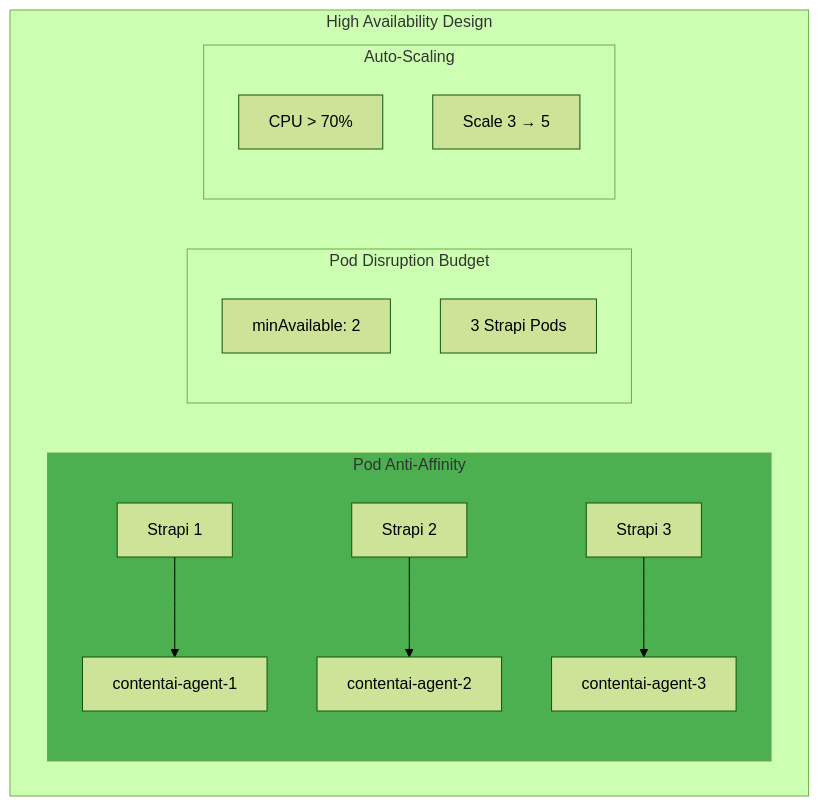
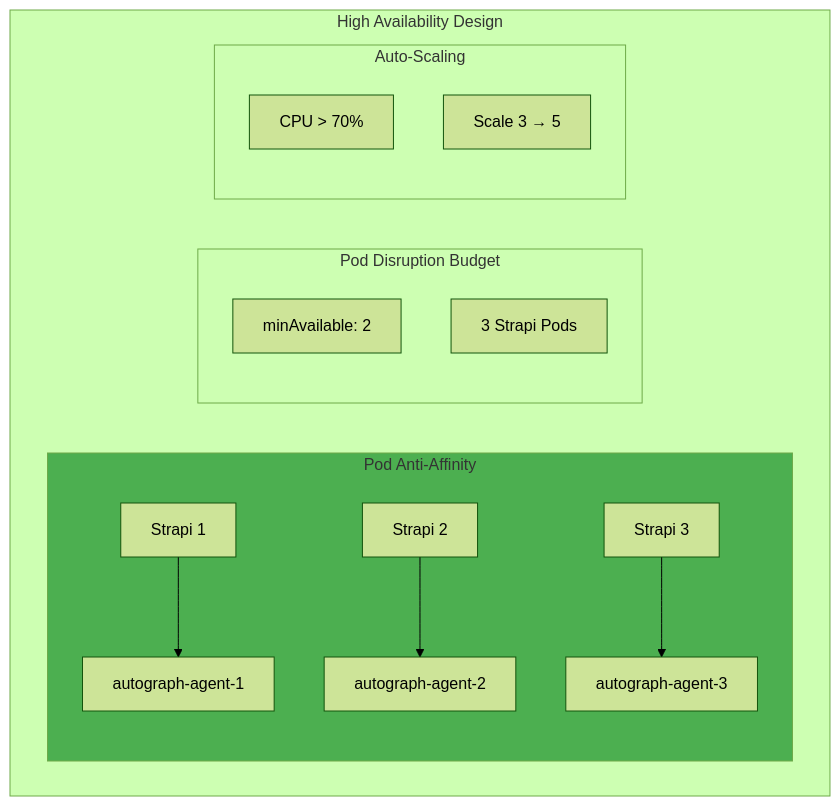
The tenth of 11 diagrams in DevOps/02-Engineering/04-Container-Orchestration.md (PearlThoughtsInternship/Internship-Obsidian-Vault), drawn with Mermaid (forest theme) before and after one commit. The commit also changed other lines of this file and 7 other files, not shown here.

````diff
--- a/DevOps/02-Engineering/04-Container-Orchestration.md
+++ b/DevOps/02-Engineering/04-Container-Orchestration.md
@@ -635,26 +635,26 @@
 ```mermaid
 flowchart TB
     subgraph HA["High Availability Design"]
         subgraph AntiAffinity["Pod Anti-Affinity"]
-            N1["contentai-agent-1"]
-            N2["contentai-agent-2"]
-            N3["contentai-agent-3"]
+            N1["autograph-agent-1"]
+            N2["autograph-agent-2"]
+            N3["autograph-agent-3"]
 
             SP1["Strapi 1"] --> N1
             SP2["Strapi 2"] --> N2
             SP3["Strapi 3"] --> N3
         end
 
         subgraph PDB["Pod Disruption Budget"]
             MIN["minAvailable: 2"]
             PODS["3 Strapi Pods"]
         end
 
         subgraph HPA["Auto-Scaling"]
             METRIC["CPU > 70%"]
             SCALE["Scale 3 → 5"]
         end
     end
 
     style AntiAffinity fill:#4CAF50
 ```
````
